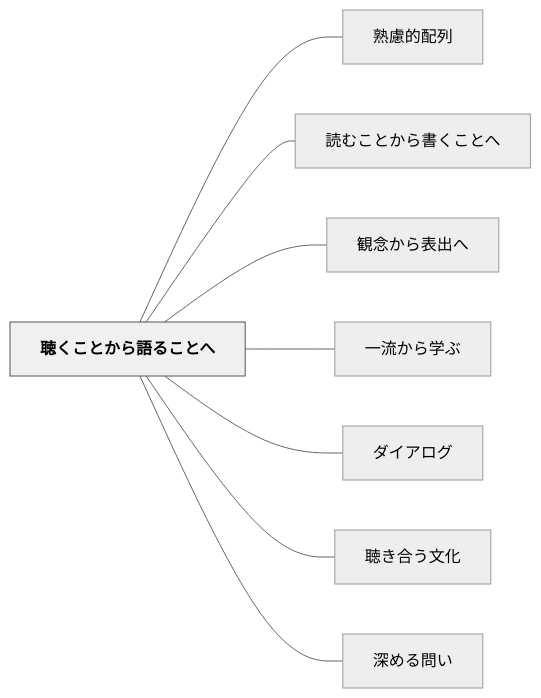
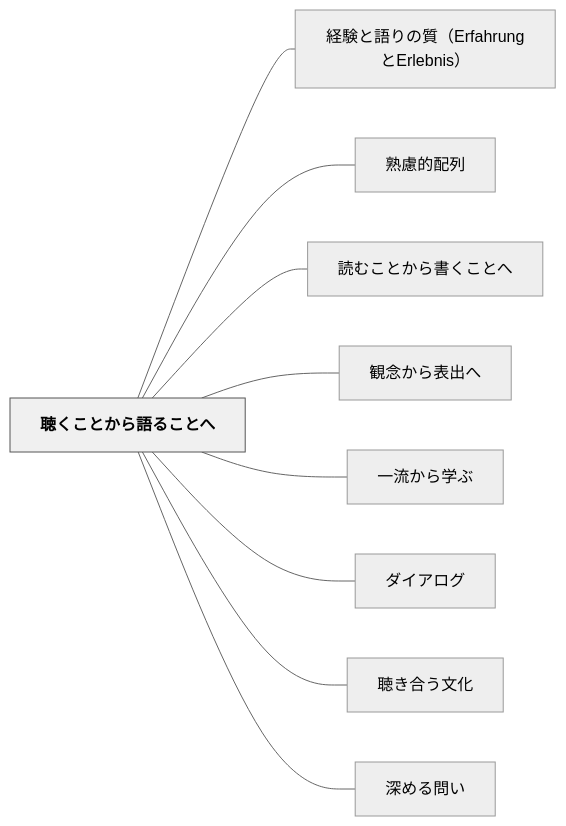
Before and after one commit to unknownthings-ed-patterns/unknownthings-ed-patterns: the diagram in content/パタン/聴くことから語ることへ.md, drawn with Mermaid (neutral theme). The commit also changed other lines of this file and 185 other files, not shown here.

````diff
--- a/content/パタン/聴くことから語ることへ.md
+++ b/content/パタン/聴くことから語ることへ.md
@@ -58,22 +58,24 @@
 ```mermaid
 flowchart LR
     ne881b4e3818fe38193e381a8e3818be38289e8aa9ee3828be38193e381a8e381b8["聴くことから語ることへ"]
+    ne7b58ce9a893e381a8e8aa9ee3828ae381aee8b3aaefbc88457266616872756e67e381a845726c65626e6973efbc89["経験と語りの質（ErfahrungとErlebnis）"]
     ne7869fe685aee79a84e9858de58897["熟慮的配列"]
     ne8aaade38280e38193e381a8e3818be38289e69bb8e3818fe38193e381a8e381b8["読むことから書くことへ"]
     ne8a6b3e5bfb5e3818be38289e8a1a8e587bae381b8["観念から表出へ"]
     ne4b880e6b581e3818be38289e5ada6e381b6["一流から学ぶ"]
     ne38380e382a4e382a2e383ade382b0["ダイアログ"]
     ne881b4e3818de59088e38186e69687e58c96["聴き合う文化"]
     ne6b7b1e38281e3828be5958fe38184["深める問い"]
 
+    ne881b4e3818fe38193e381a8e3818be38289e8aa9ee3828be38193e381a8e381b8 --- ne7b58ce9a893e381a8e8aa9ee3828ae381aee8b3aaefbc88457266616872756e67e381a845726c65626e6973efbc89
     ne881b4e3818fe38193e381a8e3818be38289e8aa9ee3828be38193e381a8e381b8 --- ne7869fe685aee79a84e9858de58897
     ne881b4e3818fe38193e381a8e3818be38289e8aa9ee3828be38193e381a8e381b8 --- ne8aaade38280e38193e381a8e3818be38289e69bb8e3818fe38193e381a8e381b8
     ne881b4e3818fe38193e381a8e3818be38289e8aa9ee3828be38193e381a8e381b8 --- ne8a6b3e5bfb5e3818be38289e8a1a8e587bae381b8
     ne881b4e3818fe38193e381a8e3818be38289e8aa9ee3828be38193e381a8e381b8 --- ne4b880e6b581e3818be38289e5ada6e381b6
     ne881b4e3818fe38193e381a8e3818be38289e8aa9ee3828be38193e381a8e381b8 --- ne38380e382a4e382a2e383ade382b0
     ne881b4e3818fe38193e381a8e3818be38289e8aa9ee3828be38193e381a8e381b8 --- ne881b4e3818de59088e38186e69687e58c96
     ne881b4e3818fe38193e381a8e3818be38289e8aa9ee3828be38193e381a8e381b8 --- ne6b7b1e38281e3828be5958fe38184
 
     classDef hub fill:#f0f0f0,stroke:#555,color:#000,font-weight:bold
     class ne881b4e3818fe38193e381a8e3818be38289e8aa9ee3828be38193e381a8e381b8 hub
 ```
````
